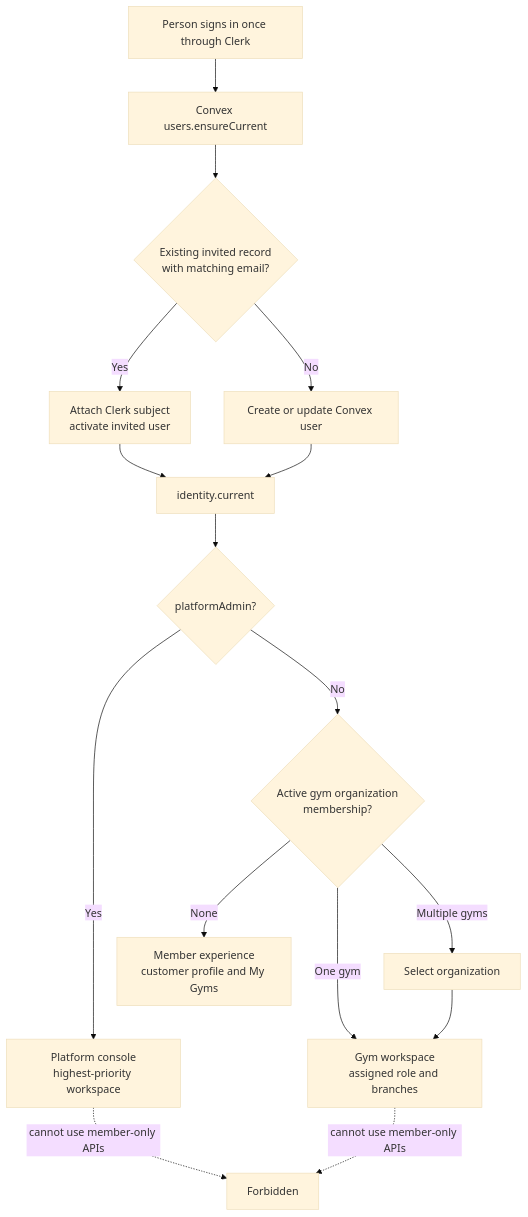
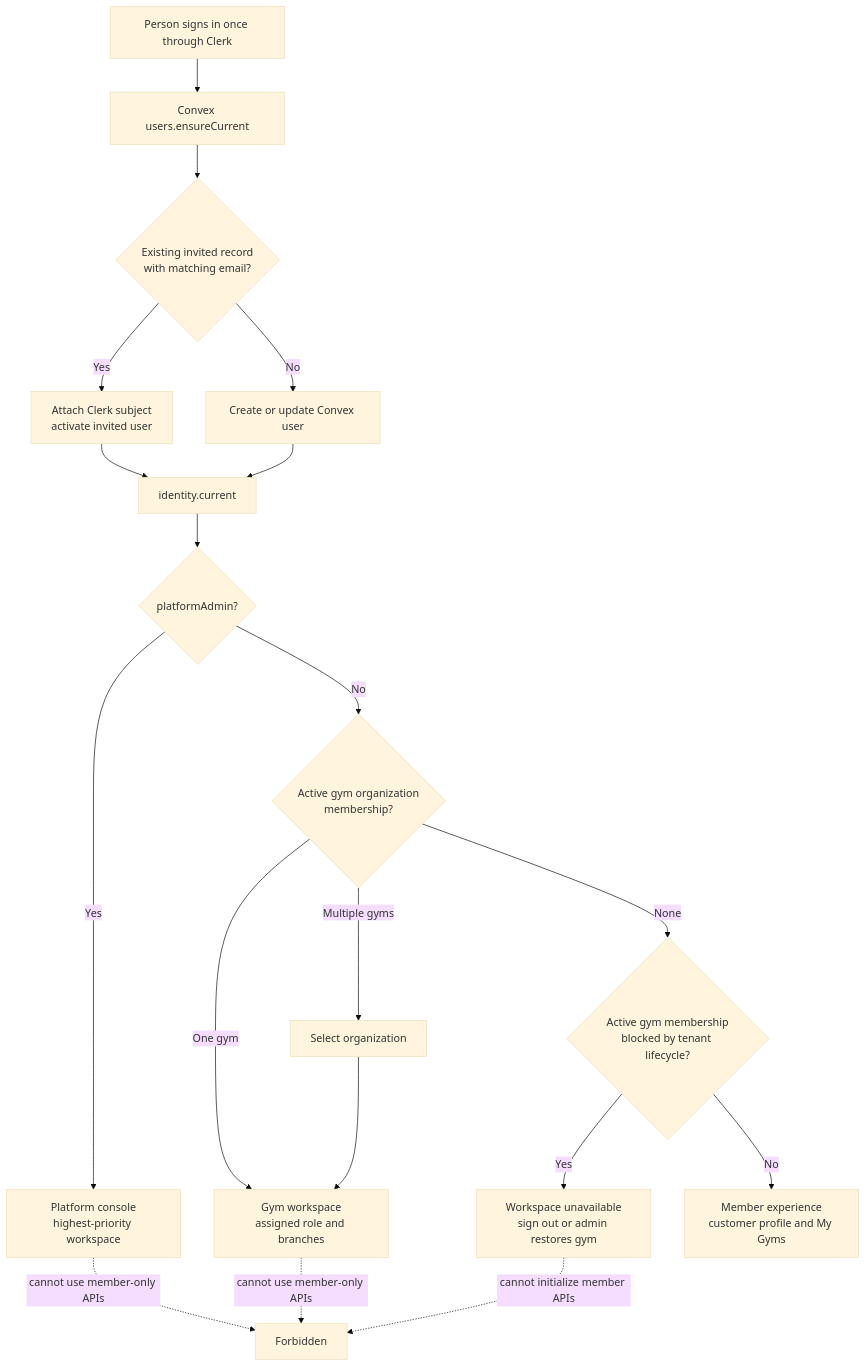
One commit to hashemnusair/Rivet changed the third of 10 diagrams in docs/12_SYSTEM_MAPS_AND_RELEASE_RUNBOOK.md. Above: the diagram before and after it, drawn with Mermaid (base theme). The commit also changed other lines of this file and 3 other files, not shown here.

````diff
--- a/docs/12_SYSTEM_MAPS_AND_RELEASE_RUNBOOK.md
+++ b/docs/12_SYSTEM_MAPS_AND_RELEASE_RUNBOOK.md
@@ -120,21 +123,24 @@
 ```mermaid
 flowchart TD
     LOGIN["Person signs in once through Clerk"] --> ENSURE["Convex users.ensureCurrent"]
 
     ENSURE --> CLAIM{"Existing invited record<br/>with matching email?"}
     CLAIM -->|"Yes"| LINK["Attach Clerk subject<br/>activate invited user"]
     CLAIM -->|"No"| USER["Create or update Convex user"]
     LINK --> IDENTITY["identity.current"]
     USER --> IDENTITY
 
     IDENTITY --> ADMIN{"platformAdmin?"}
     ADMIN -->|"Yes"| PLATFORM["Platform console<br/>highest-priority workspace"]
     ADMIN -->|"No"| STAFF{"Active gym organization<br/>membership?"}
 
     STAFF -->|"One gym"| GYM["Gym workspace<br/>assigned role and branches"]
     STAFF -->|"Multiple gyms"| SELECT["Select organization"] --> GYM
-    STAFF -->|"None"| MEMBER["Member experience<br/>customer profile and My Gyms"]
+    STAFF -->|"None"| UNAVAILABLE{"Active gym membership<br/>blocked by tenant lifecycle?"}
+    UNAVAILABLE -->|"Yes"| RECOVER["Workspace unavailable<br/>sign out or admin restores gym"]
+    UNAVAILABLE -->|"No"| MEMBER["Member experience<br/>customer profile and My Gyms"]
 
     PLATFORM -. "cannot use member-only APIs" .-> BLOCKED["Forbidden"]
     GYM -. "cannot use member-only APIs" .-> BLOCKED
+    RECOVER -. "cannot initialize member APIs" .-> BLOCKED
 ```
````
